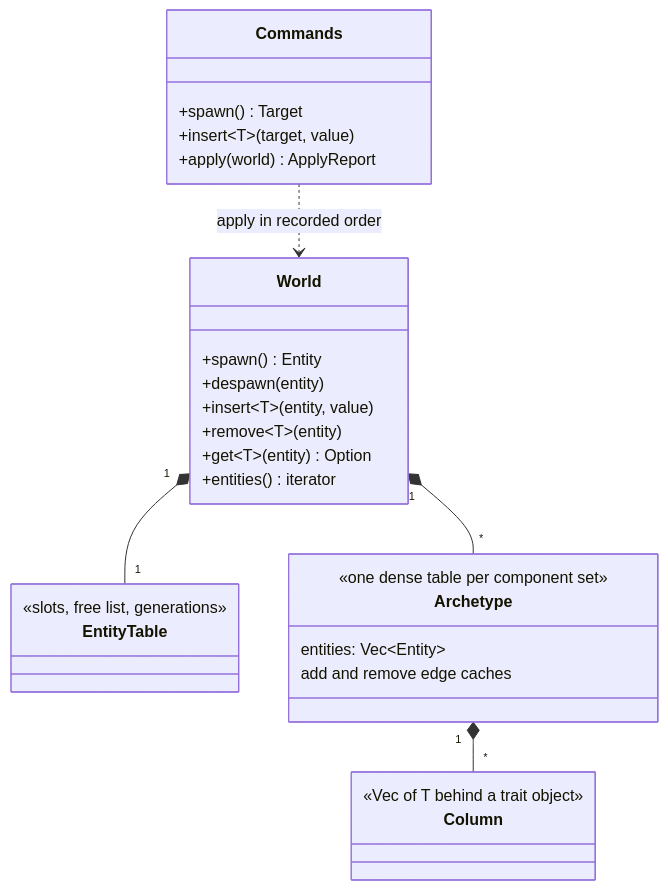
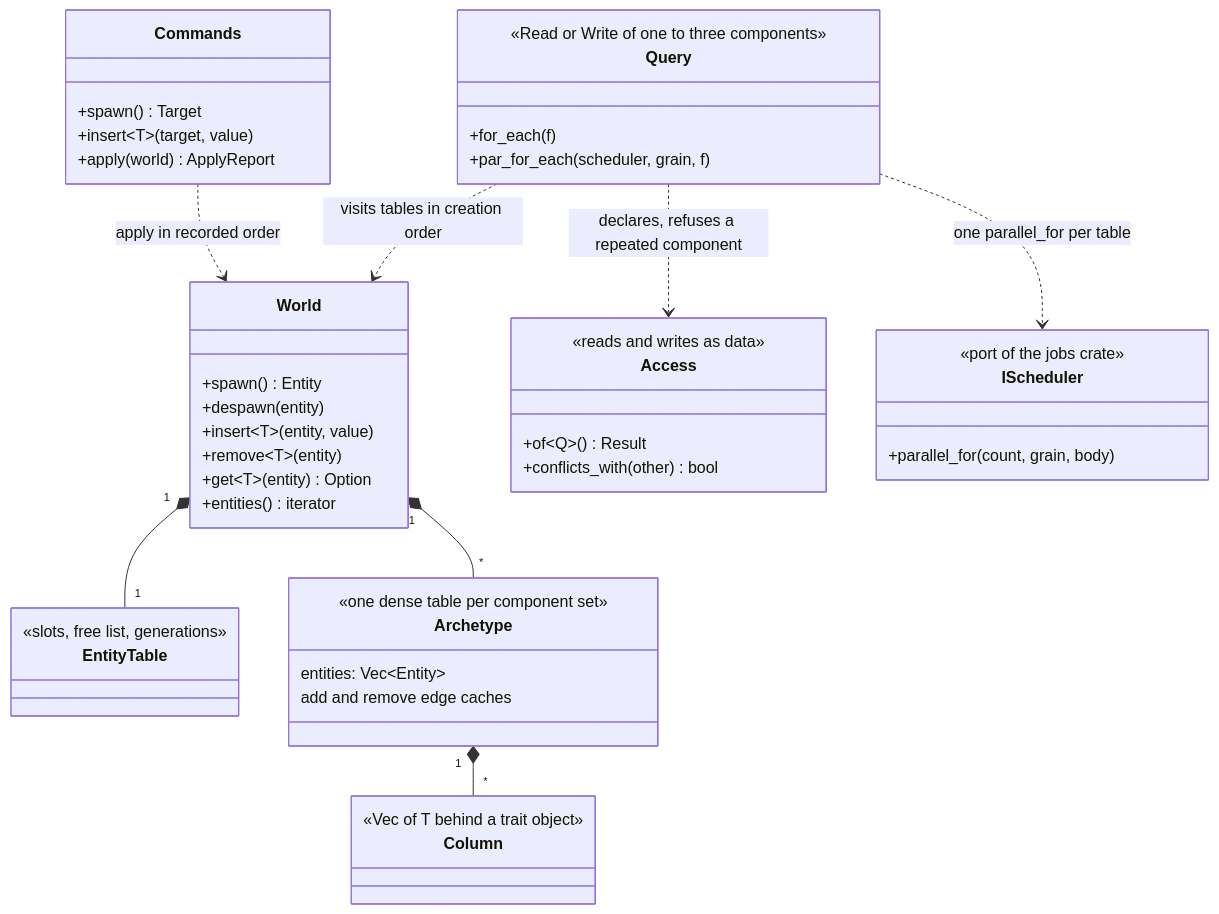
The third of 14 diagrams in wiki/architecture/core-runtime.md (giamat90/DuckEngine), drawn with Mermaid before and after one commit. The commit also changed other lines of this file and 21 other files, not shown here.

Commit message:
feat(ecs): add typed queries, declared access and parallel iteration (7-5) (#58)

````diff
--- a/wiki/architecture/core-runtime.md
+++ b/wiki/architecture/core-runtime.md
@@ -116,31 +118,48 @@
 ```mermaid
 classDiagram
   class World {
     +spawn() Entity
     +despawn(entity)
     +insert~T~(entity, value)
     +remove~T~(entity)
     +get~T~(entity) Option
     +entities() iterator
   }
   class EntityTable {
     <<slots, free list, generations>>
   }
   class Archetype {
     <<one dense table per component set>>
     entities: Vec~Entity~
     add and remove edge caches
   }
   class Column {
     <<Vec of T behind a trait object>>
   }
   class Commands {
     +spawn() Target
     +insert~T~(target, value)
     +apply(world) ApplyReport
   }
+  class Query {
+    <<Read or Write of one to three components>>
+    +for_each(f)
+    +par_for_each(scheduler, grain, f)
+  }
+  class Access {
+    <<reads and writes as data>>
+    +of~Q~() Result
+    +conflicts_with(other) bool
+  }
+  class IScheduler {
+    <<port of the jobs crate>>
+    +parallel_for(count, grain, body)
+  }
   World "1" *-- "1" EntityTable
   World "1" *-- "*" Archetype
   Archetype "1" *-- "*" Column
   Commands ..> World : apply in recorded order
+  Query ..> World : visits tables in creation order
+  Query ..> Access : declares, refuses a repeated component
+  Query ..> IScheduler : one parallel_for per table
 ```
````
